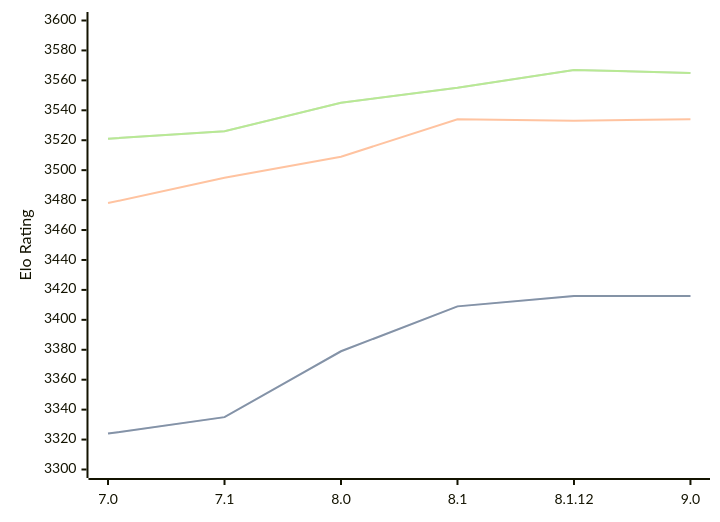
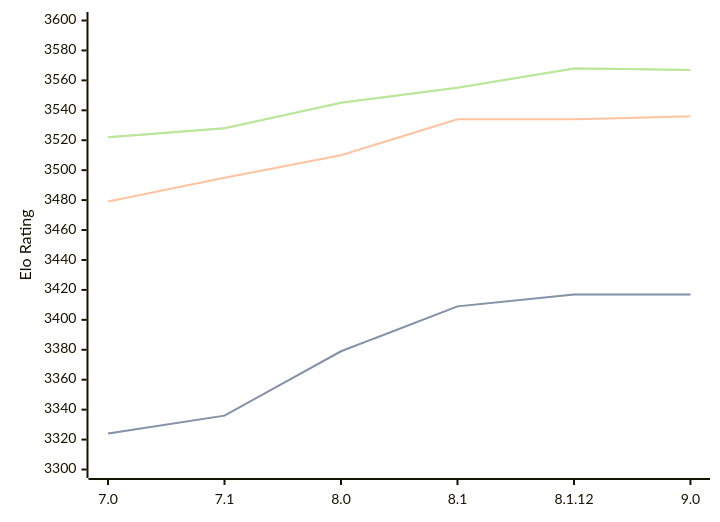
The diagram in engines/Alexandria.md (computer-chess-index/cci), drawn with Mermaid before and after one commit. The commit also changed other lines of this file, not shown here.

Commit message:
Update CCI Ratings (ELO VLTC) - 2026-08-05

````diff
--- a/engines/Alexandria.md
+++ b/engines/Alexandria.md
@@ -55,11 +55,11 @@
 ```mermaid
 %%{init: {"theme":"base","themeVariables":{"seriesColors:['#a3a3a3','#222221','#faa371']}}}%%
 xychart-beta
   x-axis ["7.0", "7.1", "8.0", "8.1", "8.1.12", "9.0"]
   y-axis "Elo Rating" 3300 --> 3600
-  line "STC (8.0+0.08s)" [3324, 3335, 3379, 3409, 3416, 3416]
-  line "STC (8.0+0.08s)" [3324, 3335, 3379, 3409, 3416, 3416]
-  line "LTC (60.0+0.60s)" [3478, 3495, 3509, 3534, 3533, 3534]
-  line "VLTC (2m24s+1.12s)" [3521, 3526, 3545, 3555, 3567, 3565]
-  line "VLTC (2m24s+1.12s)" [3521, 3526, 3545, 3555, 3567, 3565]
+  line "STC (8.0+0.08s)" [3324, 3336, 3379, 3409, 3417, 3417]
+  line "STC (8.0+0.08s)" [3324, 3336, 3379, 3409, 3417, 3417]
+  line "LTC (60.0+0.60s)" [3479, 3495, 3510, 3534, 3534, 3536]
+  line "VLTC (2m24s+1.12s)" [3522, 3528, 3545, 3555, 3568, 3567]
+  line "VLTC (2m24s+1.12s)" [3522, 3528, 3545, 3555, 3568, 3567]
 ```
````
